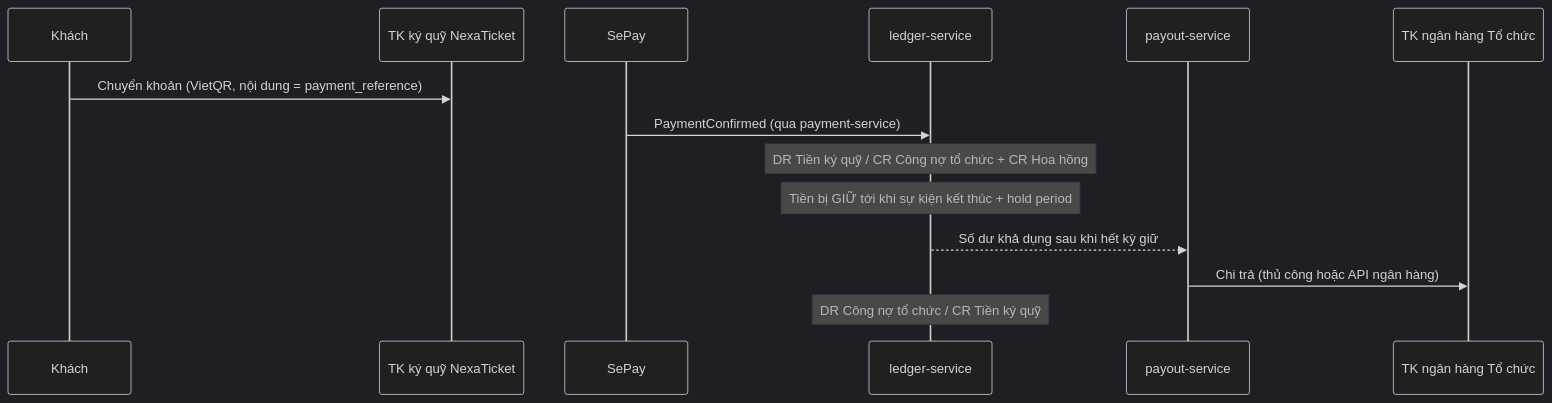
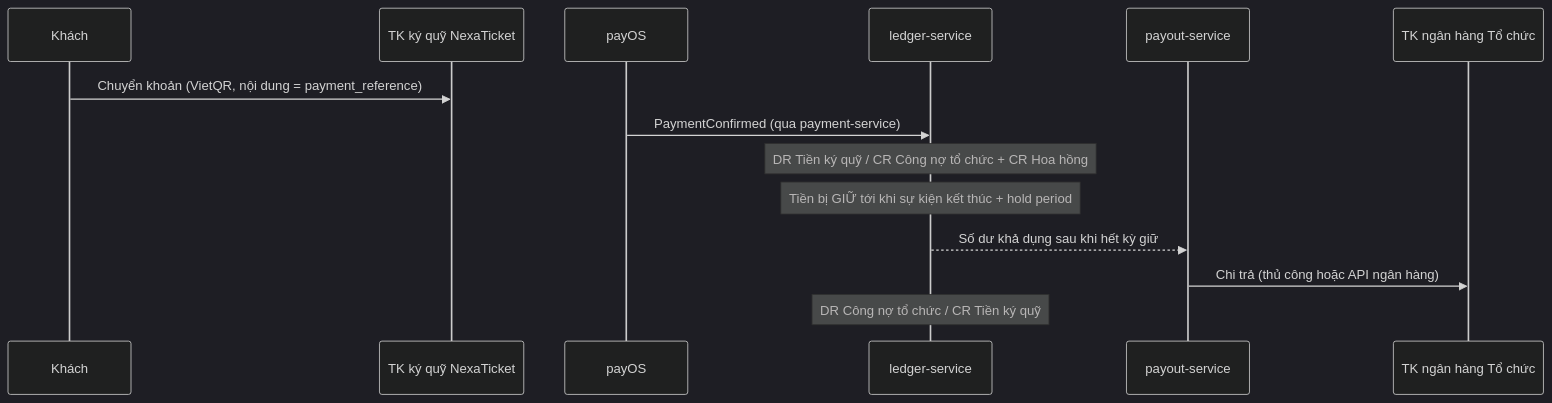
Before and after one commit to uchihathien/Concert-Ticket-Platform: the diagram in docs/architecture-v2/custodial-funds.md, drawn with Mermaid (dark theme). The commit also changed other lines of this file and 83 other files, not shown here.

````diff
--- a/docs/architecture-v2/custodial-funds.md
+++ b/docs/architecture-v2/custodial-funds.md
@@ -13,17 +13,17 @@
 ```mermaid
 sequenceDiagram
   participant K as Khách
   participant B as TK ký quỹ NexaTicket
-  participant SP as SePay
+  participant SP as payOS
   participant L as ledger-service
   participant PO as payout-service
   participant O as TK ngân hàng Tổ chức
 
   K->>B: Chuyển khoản (VietQR, nội dung = payment_reference)
   SP->>L: PaymentConfirmed (qua payment-service)
   Note over L: DR Tiền ký quỹ / CR Công nợ tổ chức + CR Hoa hồng
   Note over L: Tiền bị GIỮ tới khi sự kiện kết thúc + hold period
   L-->>PO: Số dư khả dụng sau khi hết kỳ giữ
   PO->>O: Chi trả (thủ công hoặc API ngân hàng)
   Note over L: DR Công nợ tổ chức / CR Tiền ký quỹ
 ```
````
